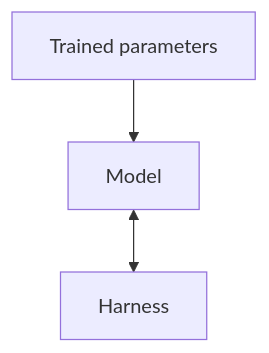
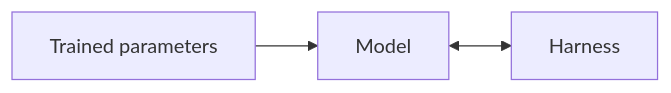
Before and after one commit to speedscale/mock-lab: the first of 4 diagrams in AI-CONTEXT.md, drawn with Mermaid. The commit also changed other lines of this file, not shown here.

Commit message:
docs: use consistent left-to-right diagrams

````diff
--- a/AI-CONTEXT.md
+++ b/AI-CONTEXT.md
@@ -7,5 +7,5 @@
 ```mermaid
-flowchart TB
+flowchart LR
     W["Trained parameters"] --> M["Model"]
     M <--> H["Harness"]
 ```
````
